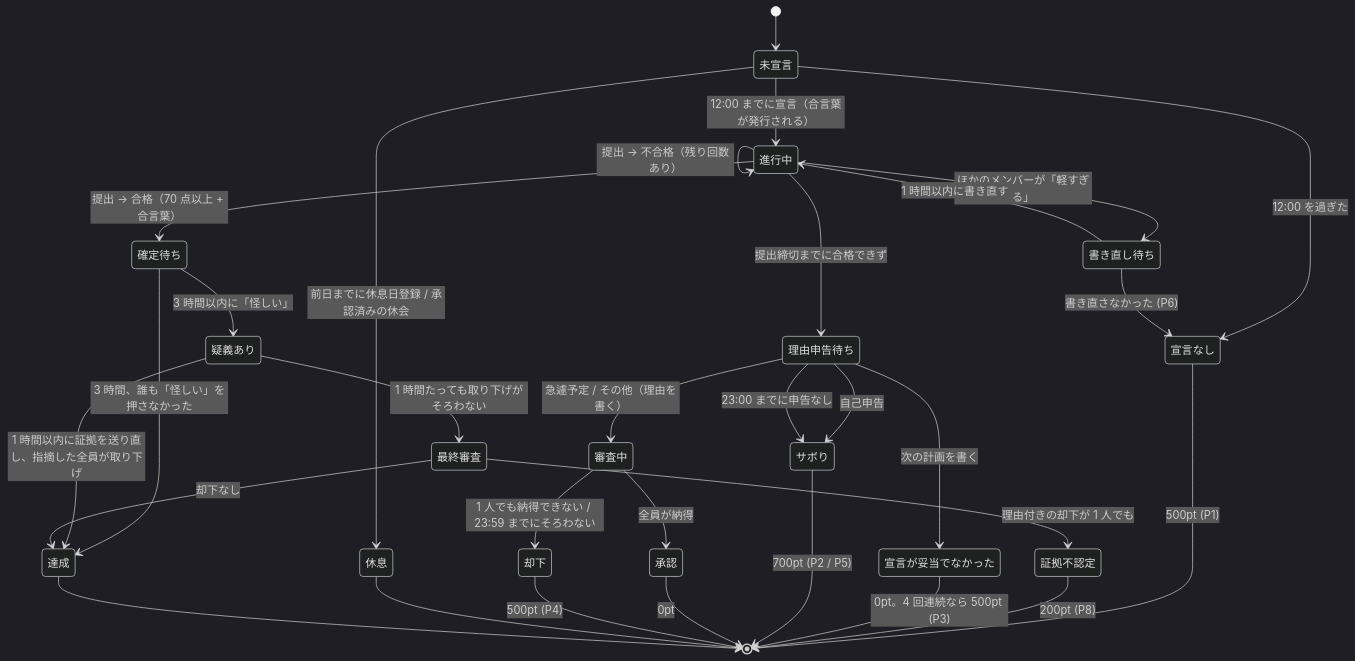
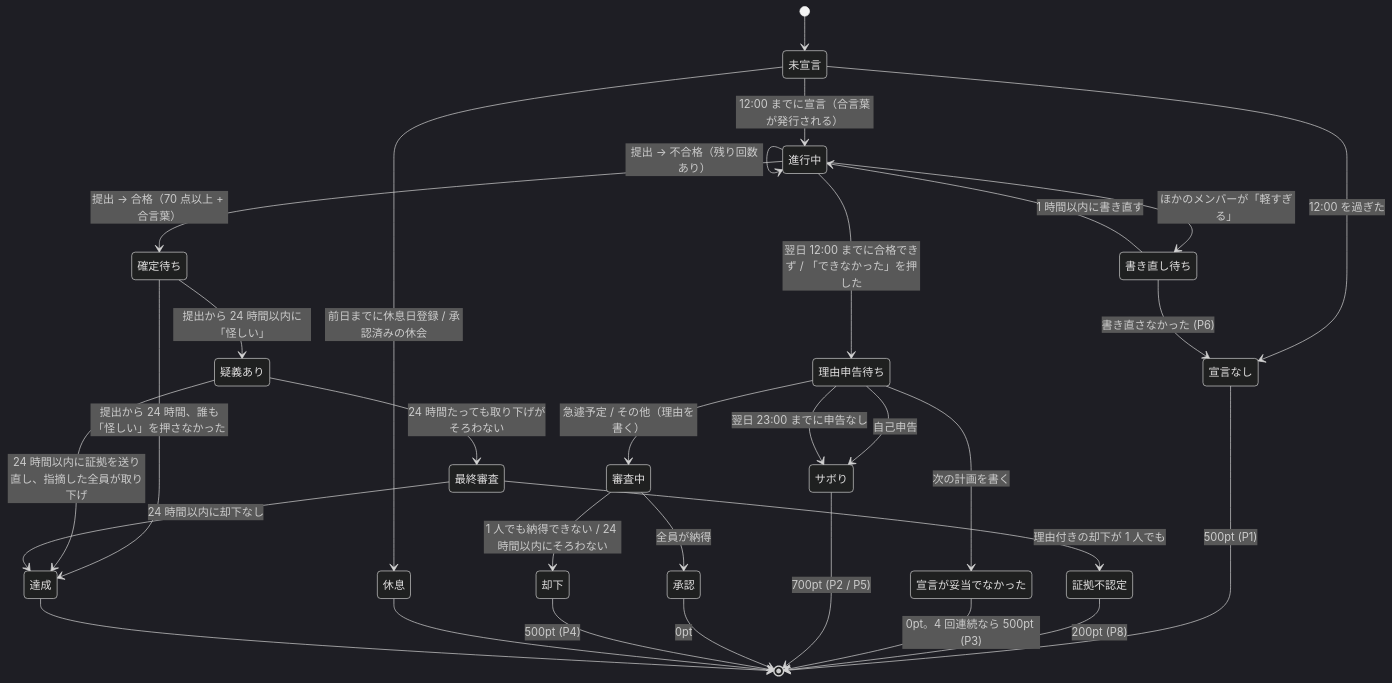
One commit to ashilal1/force-study-app changed the diagram in docs/requirements.md. Above: the diagram before and after it, drawn with Mermaid (dark theme). The commit also changed other lines of this file and 32 other files, not shown here.

````diff
--- a/docs/requirements.md
+++ b/docs/requirements.md
@@ -63,37 +63,37 @@
 ```mermaid
 stateDiagram-v2
     [*] --> 未宣言
     未宣言 --> 休息: 前日までに休息日登録 / 承認済みの休会
     未宣言 --> 進行中: 12:00 までに宣言（合言葉が発行される）
     未宣言 --> 宣言なし: 12:00 を過ぎた
     宣言なし --> [*]: 500pt (P1)
 
     進行中 --> 書き直し待ち: ほかのメンバーが「軽すぎる」
     書き直し待ち --> 進行中: 1 時間以内に書き直す
     書き直し待ち --> 宣言なし: 書き直さなかった (P6)
     進行中 --> 進行中: 提出 → 不合格（残り回数あり）
     進行中 --> 確定待ち: 提出 → 合格（70 点以上 + 合言葉）
-    進行中 --> 理由申告待ち: 提出締切までに合格できず
+    進行中 --> 理由申告待ち: 翌日 12:00 までに合格できず / 「できなかった」を押した
 
-    確定待ち --> 達成: 3 時間、誰も「怪しい」を押さなかった
-    確定待ち --> 疑義あり: 3 時間以内に「怪しい」
-    疑義あり --> 達成: 1 時間以内に証拠を送り直し、指摘した全員が取り下げ
-    疑義あり --> 最終審査: 1 時間たっても取り下げがそろわない
-    最終審査 --> 達成: 却下なし
+    確定待ち --> 達成: 提出から 24 時間、誰も「怪しい」を押さなかった
+    確定待ち --> 疑義あり: 提出から 24 時間以内に「怪しい」
+    疑義あり --> 達成: 24 時間以内に証拠を送り直し、指摘した全員が取り下げ
+    疑義あり --> 最終審査: 24 時間たっても取り下げがそろわない
+    最終審査 --> 達成: 24 時間以内に却下なし
     最終審査 --> 証拠不認定: 理由付きの却下が 1 人でも
     証拠不認定 --> [*]: 200pt (P8)
 
     理由申告待ち --> 宣言が妥当でなかった: 次の計画を書く
     理由申告待ち --> サボり: 自己申告
     理由申告待ち --> 審査中: 急遽予定 / その他（理由を書く）
-    理由申告待ち --> サボり: 23:00 までに申告なし
+    理由申告待ち --> サボり: 翌日 23:00 までに申告なし
 
     宣言が妥当でなかった --> [*]: 0pt。4 回連続なら 500pt (P3)
     サボり --> [*]: 700pt (P2 / P5)
     審査中 --> 承認: 全員が納得
-    審査中 --> 却下: 1 人でも納得できない / 23:59 までにそろわない
+    審査中 --> 却下: 1 人でも納得できない / 24 時間以内にそろわない
     承認 --> [*]: 0pt
     却下 --> [*]: 500pt (P4)
     休息 --> [*]
     達成 --> [*]
 ```
````
